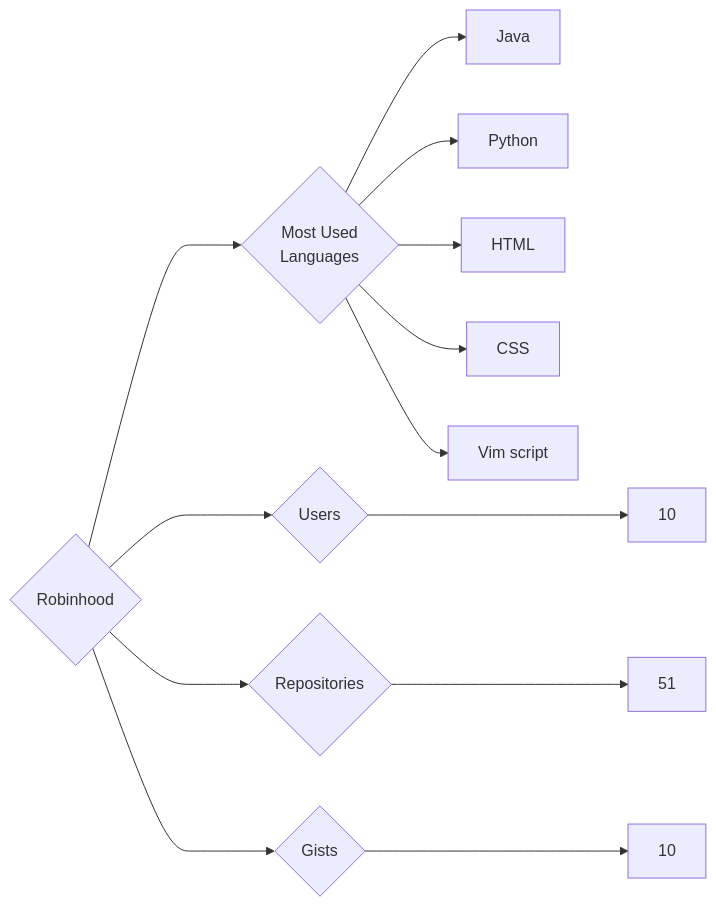
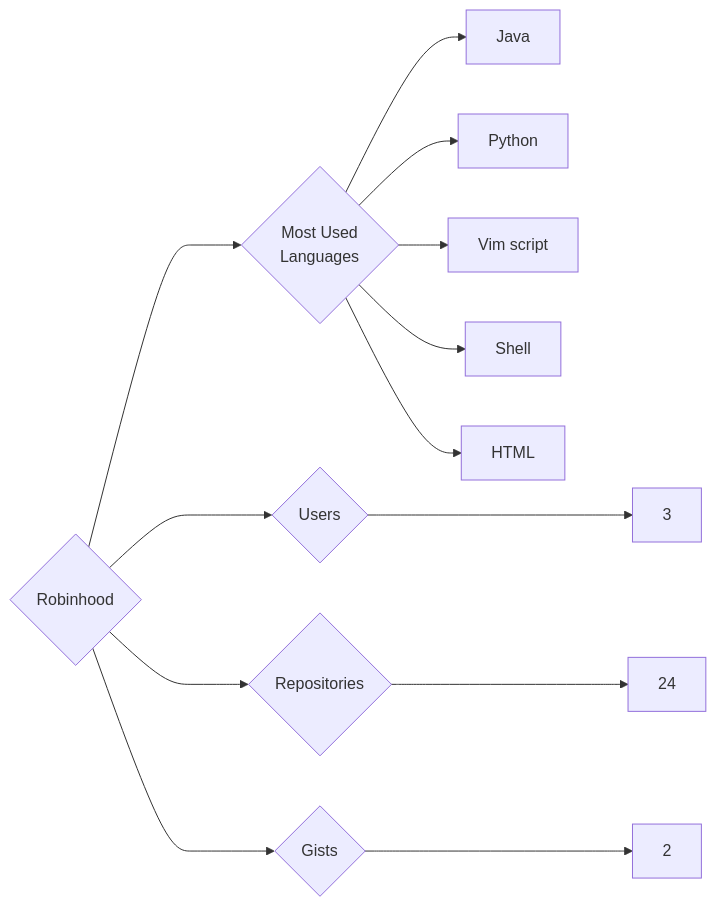
Before and after one commit to trickest/insiders: the diagram in targets/Robinhood/README.md, drawn with Mermaid. The commit also changed 953 other files, not shown here.

````diff
--- a/targets/Robinhood/README.md
+++ b/targets/Robinhood/README.md
@@ -3,13 +3,13 @@
 ```mermaid
 graph LR
 COMPANY_NAME{Robinhood}
-COMPANY_NAME ---> U{Users} ---> UN[10]
-COMPANY_NAME ---> R{Repositories} ---> RN[51]
-COMPANY_NAME ---> G{Gists} ---> GN[10]
+COMPANY_NAME ---> U{Users} ---> UN[3]
+COMPANY_NAME ---> R{Repositories} ---> RN[24]
+COMPANY_NAME ---> G{Gists} ---> GN[2]
 COMPANY_NAME ---> ML{Most Used<br>Languages}
 ML --> Java[Java]
 ML --> Python[Python]
+ML --> Vim_script[Vim script]
+ML --> Shell[Shell]
 ML --> HTML[HTML]
-ML --> CSS[CSS]
-ML --> Vim_script[Vim script]
 ```
````
